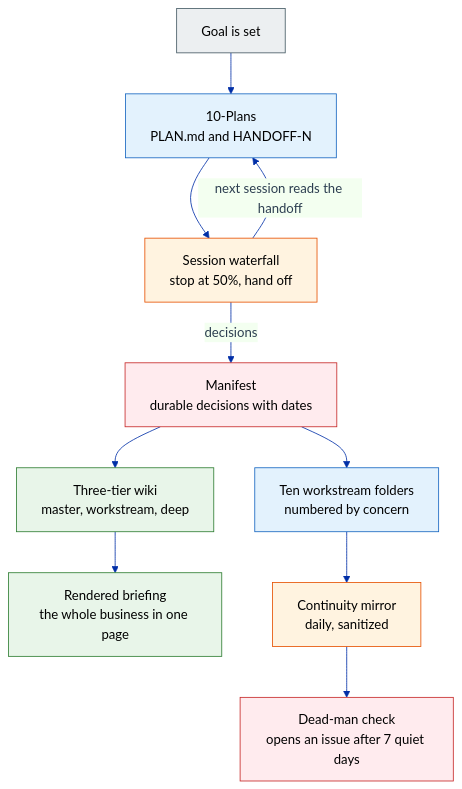
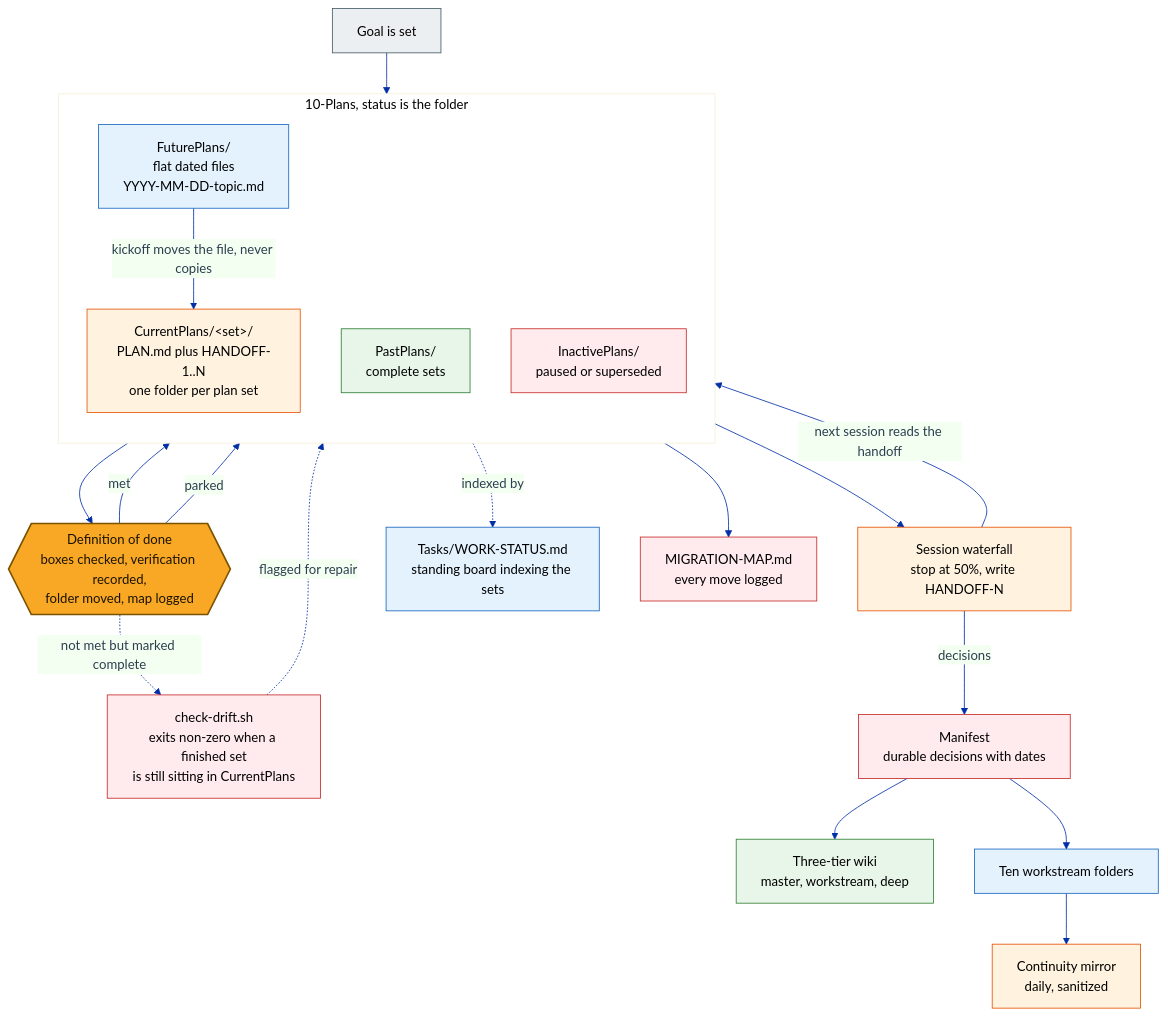
Before and after one commit to mmentzerhernandez/global_experience: the diagram in diagrams/operating-loop.mmd, drawn with Mermaid. The commit also changed 2 other files, not shown here.

Commit message:
content: expand plans-folder organization in the operating panel and diagram
Replaces the single 10-Plans node with the real lifecycle: FuturePlans dated files,
CurrentPlans set folders holding PLAN.md plus numbered handoffs, InactivePlans,
PastPlans, the migration map, the work-status board, and the drift check. Adds the
binding definition of done and current set counts.

```diff
--- a/diagrams/operating-loop.mmd
+++ b/diagrams/operating-loop.mmd
@@ -1,36 +1,56 @@
 ---
 config:
   theme: base
   themeVariables:
     primaryColor: "#f0f3ff"
     primaryBorderColor: "#002fa7"
     primaryTextColor: "#2c3e50"
     lineColor: "#002fa7"
     fontFamily: "-apple-system,BlinkMacSystemFont,Segoe UI,Roboto,sans-serif"
 ---
 flowchart TD
     OWNER["Goal is set"]:::people
-    PLANS["10-Plans<br/>PLAN.md and HANDOFF-N"]:::access
-    WATERFALL["Session waterfall<br/>stop at 50%, hand off"]:::enforce
+
+    subgraph PLANS["10-Plans, status is the folder"]
+        direction TB
+        FUT["FuturePlans/<br/>flat dated files<br/>YYYY-MM-DD-topic.md"]:::access
+        CUR["CurrentPlans/&lt;set&gt;/<br/>PLAN.md plus HANDOFF-1..N<br/>one folder per plan set"]:::enforce
+        PAST["PastPlans/<br/>complete sets"]:::course
+        INACT["InactivePlans/<br/>paused or superseded"]:::report
+    end
+
+    WATERFALL["Session waterfall<br/>stop at 50%, write HANDOFF-N"]:::enforce
+    DOD{{"Definition of done<br/>boxes checked, verification recorded,<br/>folder moved, map logged"}}:::gate
+    BOARD["Tasks/WORK-STATUS.md<br/>standing board indexing the sets"]:::access
+    DRIFT["check-drift.sh<br/>exits non-zero when a finished set<br/>is still sitting in CurrentPlans"]:::refuse
+    MAP["MIGRATION-MAP.md<br/>every move logged"]:::report
+
     MANIFEST["Manifest<br/>durable decisions with dates"]:::report
     WIKI["Three-tier wiki<br/>master, workstream, deep"]:::course
-    BRIEFING["Rendered briefing<br/>the whole business in one page"]:::course
-    WORK["Ten workstream folders<br/>numbered by concern"]:::access
+    WORK["Ten workstream folders"]:::access
     MIRROR["Continuity mirror<br/>daily, sanitized"]:::enforce
-    DEADMAN["Dead-man check<br/>opens an issue after 7 quiet days"]:::report
 
-    OWNER --> PLANS
-    PLANS --> WATERFALL
+    OWNER --> FUT
+    FUT -->|"kickoff moves the file, never copies"| CUR
+    CUR --> WATERFALL
+    WATERFALL -->|"next session reads the handoff"| CUR
+    CUR --> DOD
+    DOD -->|"met"| PAST
+    DOD -->|"parked"| INACT
+    PAST --> MAP
+    CUR -.->|"indexed by"| BOARD
+    DOD -.->|"not met but marked complete"| DRIFT
+    DRIFT -.->|"flagged for repair"| CUR
+
     WATERFALL -->|"decisions"| MANIFEST
-    WATERFALL -->|"next session reads the handoff"| PLANS
     MANIFEST --> WIKI
     MANIFEST --> WORK
-    WIKI --> BRIEFING
     WORK --> MIRROR
-    MIRROR --> DEADMAN
 
     classDef people fill:#ECEFF1,stroke:#455A64,color:#000000
     classDef access fill:#E3F2FD,stroke:#1565C0,color:#000000
     classDef course fill:#E8F5E9,stroke:#2E7D32,color:#000000
     classDef enforce fill:#FFF3E0,stroke:#E65100,color:#000000
     classDef report fill:#FFEBEE,stroke:#C62828,color:#000000
+    classDef refuse fill:#FFEBEE,stroke:#C62828,color:#000000
+    classDef gate fill:#F9A825,stroke:#7A5200,color:#1A1200,stroke-width:2px
```
